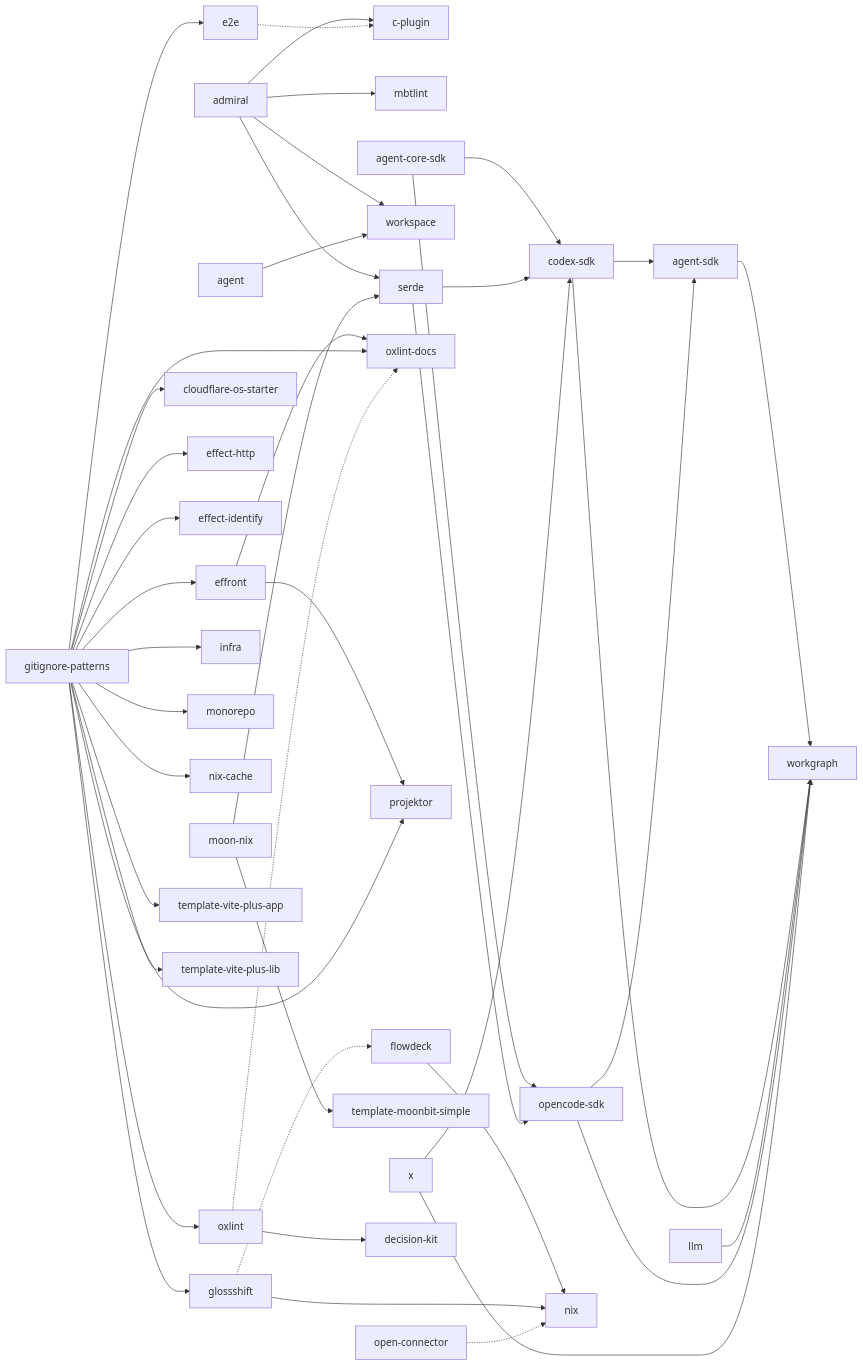
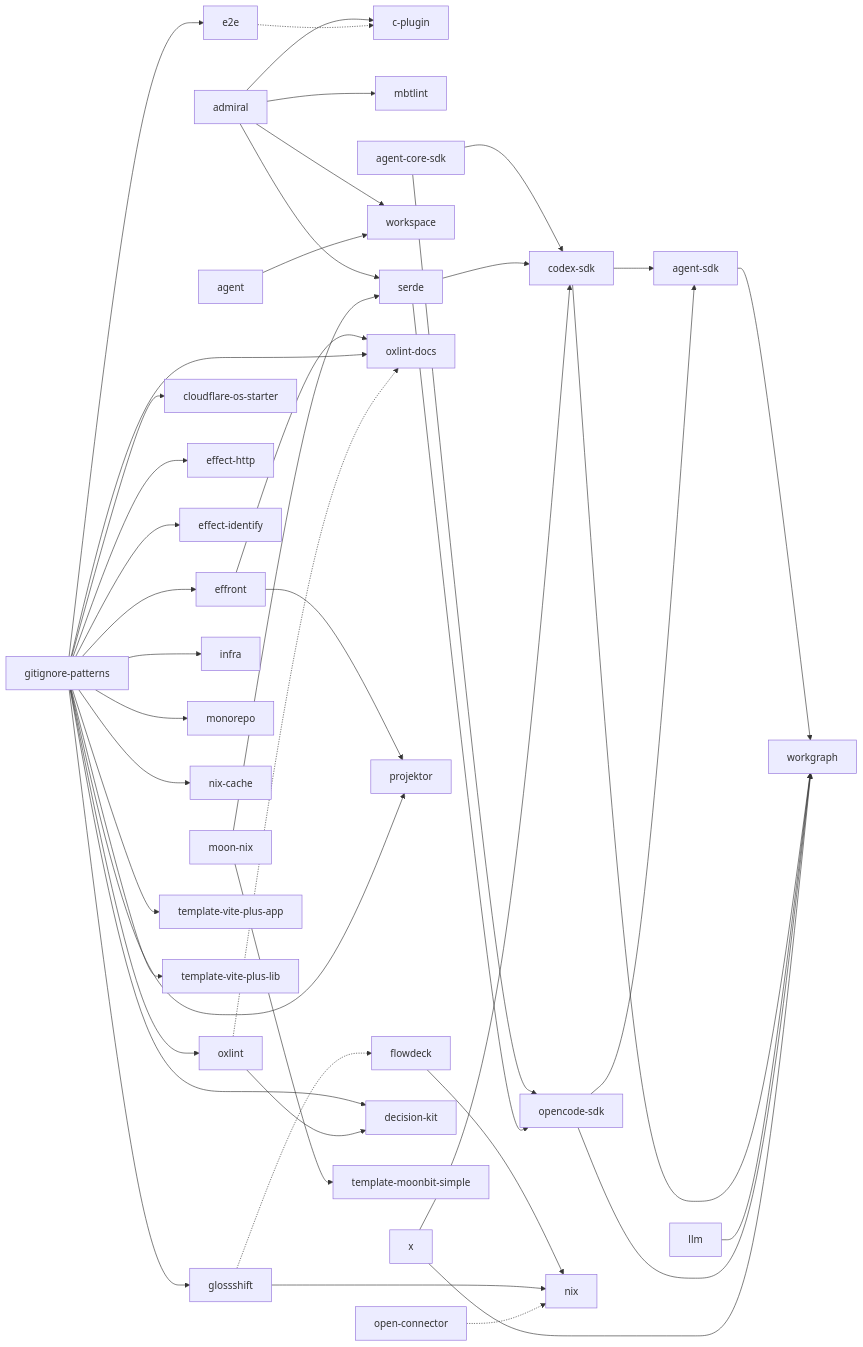
One commit to totto2727-org/workspace changed the diagram in .agents/skills/workspace-dependencies/references/dependencies.md. Above: the diagram before and after it, drawn with Mermaid. The commit also changed other lines of this file and 1 other file, not shown here.

````diff
--- a/.agents/skills/workspace-dependencies/references/dependencies.md
+++ b/.agents/skills/workspace-dependencies/references/dependencies.md
@@ -9,45 +9,46 @@
 ```mermaid
 flowchart LR
     n13["admiral"] --> n17["c-plugin"]
     n13["admiral"] --> n15["mbtlint"]
     n13["admiral"] --> n11["serde"]
     n13["admiral"] --> n26["workspace"]
     n8["agent"] --> n26["workspace"]
     n34["agent-core-sdk"] --> n22["codex-sdk"]
     n34["agent-core-sdk"] --> n33["opencode-sdk"]
     n21["agent-sdk"] --> n25["workgraph"]
     n22["codex-sdk"] --> n21["agent-sdk"]
     n22["codex-sdk"] --> n25["workgraph"]
     n1["e2e"] -.-> n17["c-plugin"]
     n14["effront"] --> n29["oxlint-docs"]
     n14["effront"] --> n24["projektor"]
     n18["flowdeck"] --> n4["nix"]
     n40["gitignore-patterns"] --> n43["cloudflare-os-starter"]
+    n40["gitignore-patterns"] --> n31["decision-kit"]
     n40["gitignore-patterns"] --> n1["e2e"]
     n40["gitignore-patterns"] --> n28["effect-http"]
     n40["gitignore-patterns"] --> n37["effect-identify"]
     n40["gitignore-patterns"] --> n14["effront"]
     n40["gitignore-patterns"] --> n27["glossshift"]
     n40["gitignore-patterns"] --> n9["infra"]
     n40["gitignore-patterns"] --> n19["monorepo"]
     n40["gitignore-patterns"] --> n23["nix-cache"]
     n40["gitignore-patterns"] --> n12["oxlint"]
     n40["gitignore-patterns"] --> n29["oxlint-docs"]
     n40["gitignore-patterns"] --> n24["projektor"]
     n40["gitignore-patterns"] --> n44["template-vite-plus-app"]
     n40["gitignore-patterns"] --> n45["template-vite-plus-lib"]
     n27["glossshift"] -.-> n18["flowdeck"]
     n27["glossshift"] --> n4["nix"]
     n3["llm"] --> n25["workgraph"]
     n20["moon-nix"] --> n11["serde"]
     n20["moon-nix"] --> n47["template-moonbit-simple"]
     n35["open-connector"] -.-> n4["nix"]
     n33["opencode-sdk"] --> n21["agent-sdk"]
     n33["opencode-sdk"] --> n25["workgraph"]
     n12["oxlint"] --> n31["decision-kit"]
     n12["oxlint"] -.-> n29["oxlint-docs"]
     n11["serde"] --> n22["codex-sdk"]
     n11["serde"] --> n33["opencode-sdk"]
     n0["x"] --> n22["codex-sdk"]
     n0["x"] --> n25["workgraph"]
 ```
````
